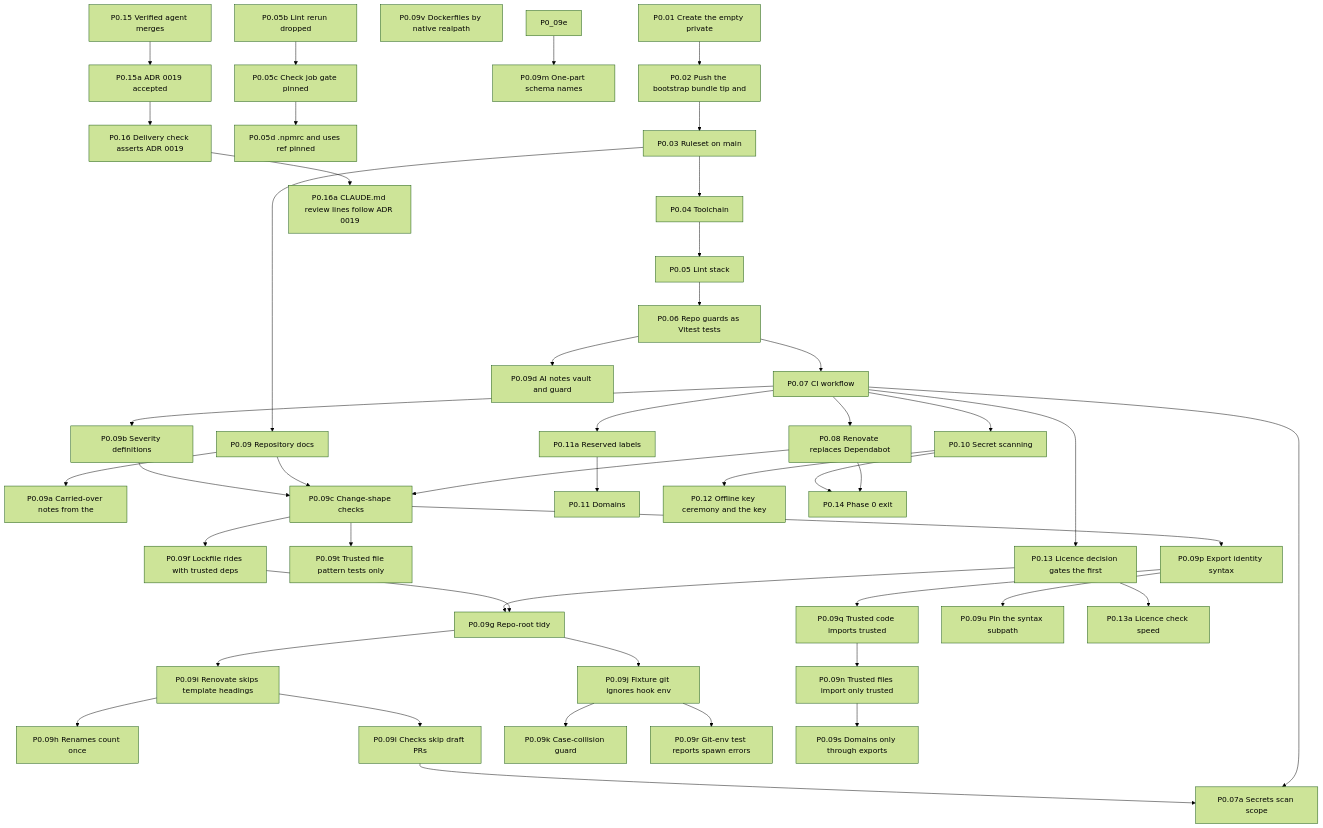
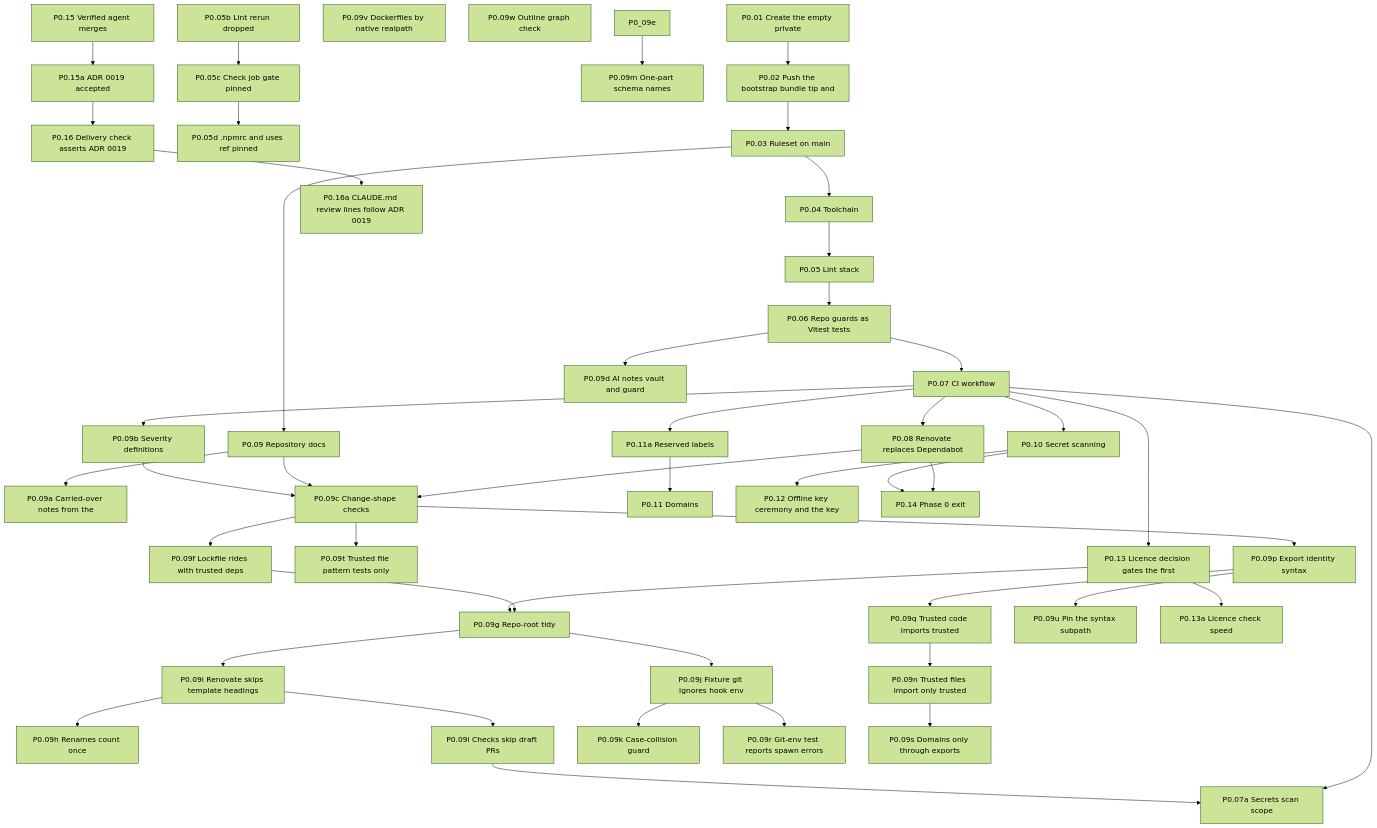
The first of 11 diagrams in docs/ai/book/01-outline.md (Undefined6799/unset), drawn with Mermaid (forest theme) before and after one commit. The commit also changed other lines of this file and 5 other files, not shown here.

```diff
--- a/docs/ai/book/01-outline.md
+++ b/docs/ai/book/01-outline.md
@@ -108,6 +109,7 @@
   P0_09s["P0.09s Domains only through exports"]
   P0_09u["P0.09u Pin the syntax subpath"]
   P0_09v["P0.09v Dockerfiles by native realpath"]
+  P0_09w["P0.09w Outline graph check"]
   P0_10["P0.10 Secret scanning"]
   P0_11a["P0.11a Reserved labels"]
   P0_11["P0.11 Domains"]
```
